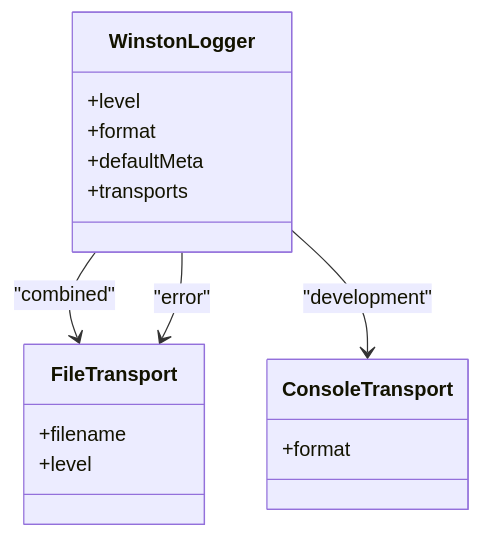
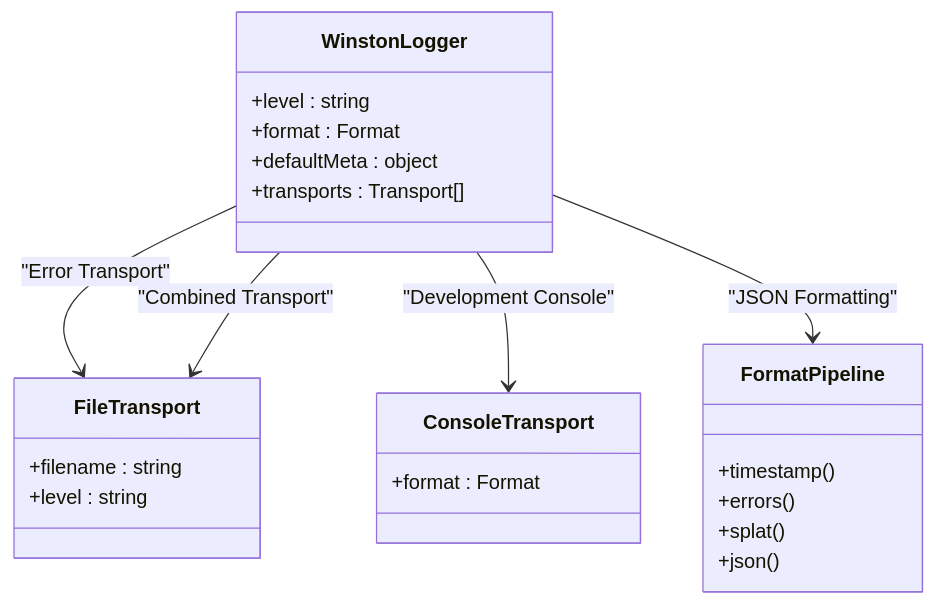
Before and after one commit to Armanda888/appointment-voice-agent: the third of 9 diagrams in .qoder/repowiki/en/content/Logging and Monitoring.md, drawn with Mermaid. The commit also changed other lines of this file and 14 other files, not shown here.

````diff
--- a/.qoder/repowiki/en/content/Logging and Monitoring.md
+++ b/.qoder/repowiki/en/content/Logging and Monitoring.md
@@ -148,19 +166,26 @@
 ```mermaid
 classDiagram
 class WinstonLogger {
-+level
-+format
-+defaultMeta
-+transports
++level : string
++format : Format
++defaultMeta : object
++transports : Transport[]
 }
 class FileTransport {
-+filename
-+level
++filename : string
++level : string
 }
 class ConsoleTransport {
-+format
++format : Format
 }
-WinstonLogger --> FileTransport : "combined"
-WinstonLogger --> FileTransport : "error"
-WinstonLogger --> ConsoleTransport : "development"
+class FormatPipeline {
++timestamp()
++errors()
++splat()
++json()
+}
+WinstonLogger --> FileTransport : "Error Transport"
+WinstonLogger --> FileTransport : "Combined Transport"
+WinstonLogger --> ConsoleTransport : "Development Console"
+WinstonLogger --> FormatPipeline : "JSON Formatting"
 ```
````
